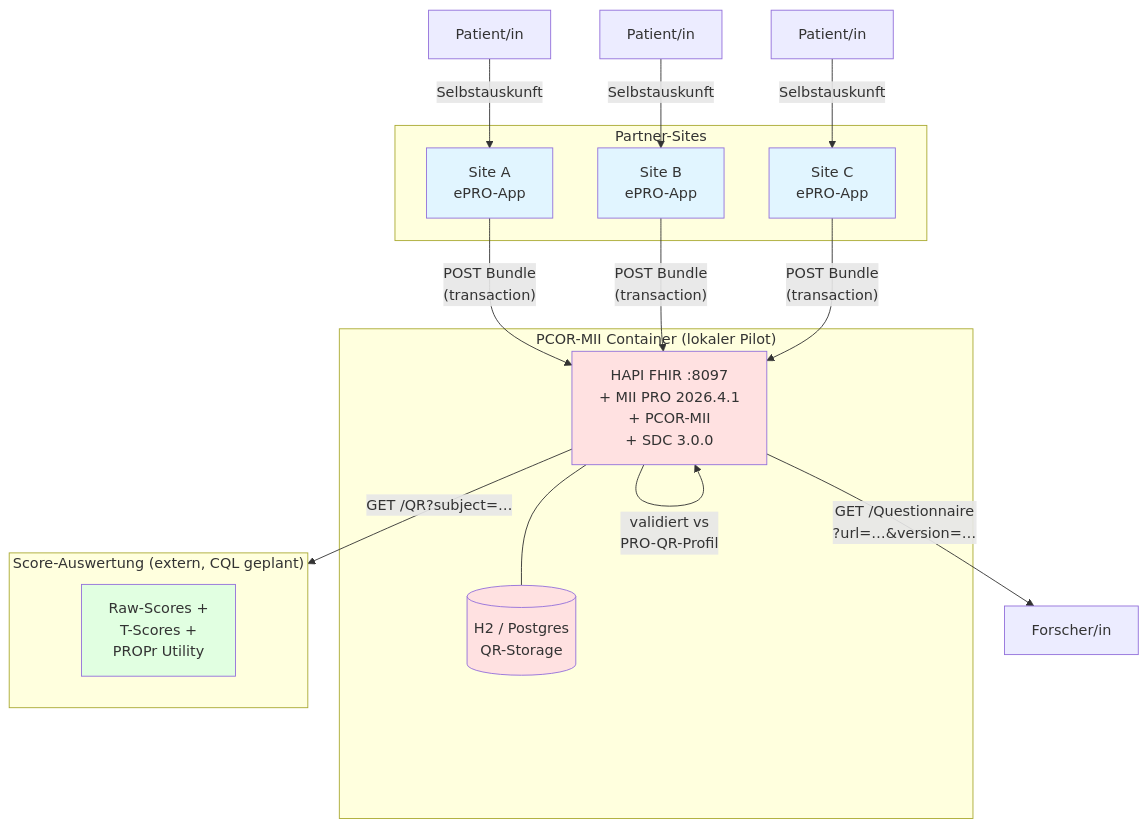
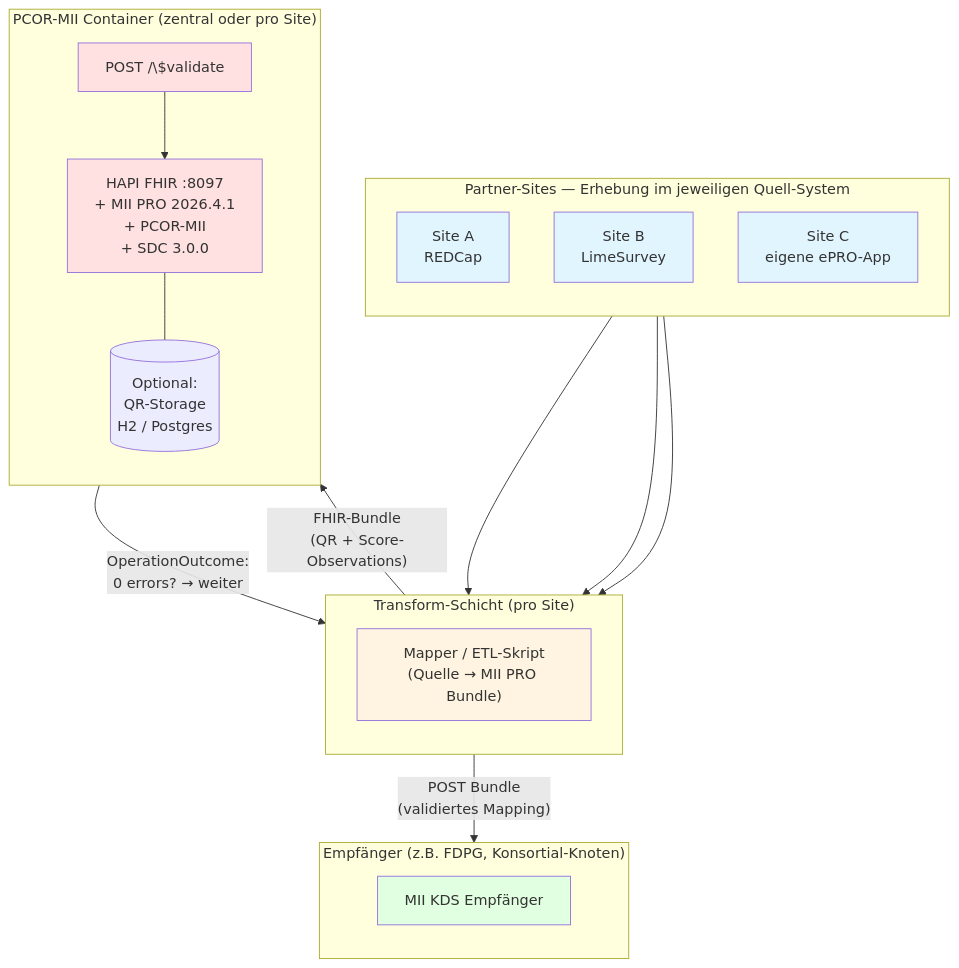
Before and after one commit to BIH-CEI/PCOR-MII: the second of 2 diagrams in input/pagecontent/Bereitstellung.md, drawn with Mermaid. The commit also changed other lines of this file and 2 other files, not shown here.

````diff
--- a/input/pagecontent/Bereitstellung.md
+++ b/input/pagecontent/Bereitstellung.md
@@ -228,37 +228,44 @@
 ```mermaid
 flowchart TB
-    subgraph Sites ["Partner-Sites"]
-        SiteA["Site A<br/>ePRO-App"]
-        SiteB["Site B<br/>ePRO-App"]
-        SiteC["Site C<br/>ePRO-App"]
+    subgraph Sites ["Partner-Sites — Erhebung im jeweiligen Quell-System"]
+        direction TB
+        SiteA["Site A<br/>REDCap"]
+        SiteB["Site B<br/>LimeSurvey"]
+        SiteC["Site C<br/>eigene ePRO-App"]
     end
 
-    subgraph Pilot ["PCOR-MII Container (lokaler Pilot)"]
-        HAPI["HAPI FHIR :8097<br/>+ MII PRO 2026.4.1<br/>+ PCOR-MII<br/>+ SDC 3.0.0"]
-        DB[("H2 / Postgres<br/>QR-Storage")]
-        HAPI --- DB
+    subgraph Transform ["Transform-Schicht (pro Site)"]
+        direction TB
+        Mapper["Mapper / ETL-Skript<br/>(Quelle → MII PRO Bundle)"]
     end
 
-    subgraph Auswertung ["Score-Auswertung (extern, CQL geplant)"]
-        SCORES["Raw-Scores +<br/>T-Scores +<br/>PROPr Utility"]
+    subgraph Validate ["PCOR-MII Container (zentral oder pro Site)"]
+        direction TB
+        HAPI["HAPI FHIR :8097<br/>+ MII PRO 2026.4.1<br/>+ PCOR-MII<br/>+ SDC 3.0.0"]
+        Validator["POST /\$validate"]
+        Storage[("Optional:<br/>QR-Storage<br/>H2 / Postgres")]
+        Validator --> HAPI
+        HAPI --- Storage
     end
 
-    Patient["Patient/in"] -->|"Selbstauskunft"| SiteA
-    Patient2["Patient/in"] -->|"Selbstauskunft"| SiteB
-    Patient3["Patient/in"] -->|"Selbstauskunft"| SiteC
+    subgraph Receiver ["Empfänger (z.B. FDPG, Konsortial-Knoten)"]
+        direction TB
+        FDPG["MII KDS Empfänger"]
+    end
 
-    SiteA -->|"POST Bundle<br/>(transaction)"| HAPI
-    SiteB -->|"POST Bundle<br/>(transaction)"| HAPI
-    SiteC -->|"POST Bundle<br/>(transaction)"| HAPI
+    SiteA --> Mapper
+    SiteB --> Mapper
+    SiteC --> Mapper
 
-    HAPI -->|"validiert vs<br/>PRO-QR-Profil"| HAPI
-    HAPI -->|"GET /Questionnaire<br/>?url=…&version=…"| Forscher["Forscher/in"]
-    HAPI -->|"GET /QR?subject=…"| Auswertung
+    Mapper -->|"FHIR-Bundle<br/>(QR + Score-Observations)"| Validator
+    Validator -->|"OperationOutcome:<br/>0 errors? → weiter"| Mapper
+    Mapper -->|"POST Bundle<br/>(validiertes Mapping)"| FDPG
 
-    style HAPI fill:#ffe1e1
-    style DB fill:#ffe1e1
     style SiteA fill:#e1f5ff
     style SiteB fill:#e1f5ff
     style SiteC fill:#e1f5ff
-    style SCORES fill:#e1ffe1
+    style Mapper fill:#fff4e1
+    style HAPI fill:#ffe1e1
+    style Validator fill:#ffe1e1
+    style FDPG fill:#e1ffe1
 ```
````
